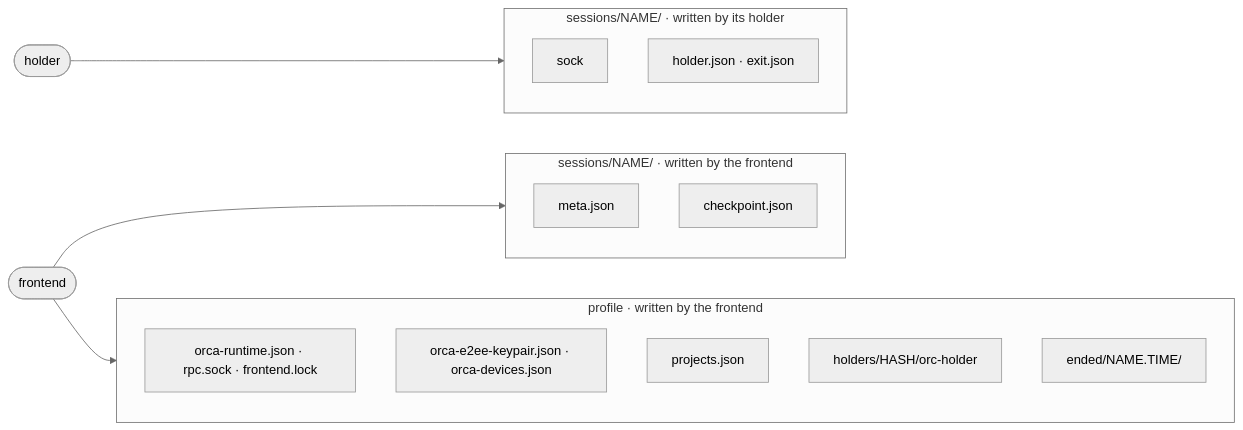
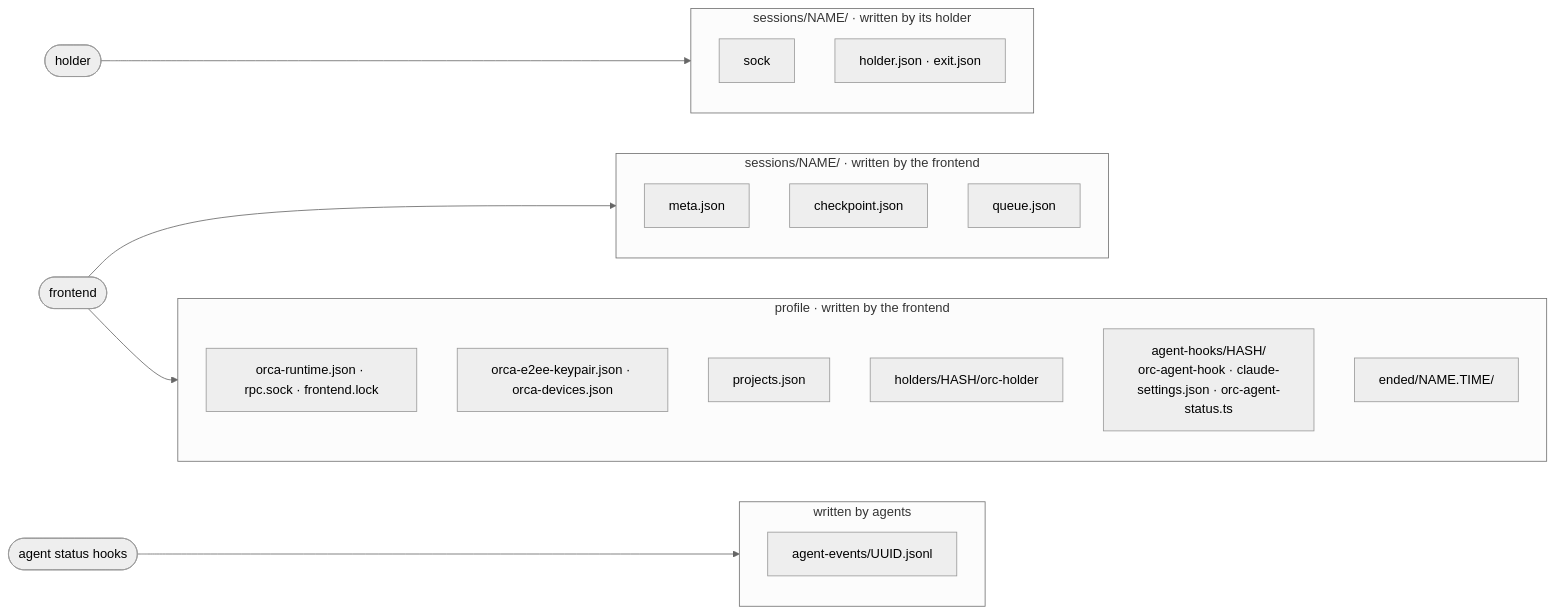
Before and after one commit to phillipleblanc/orc: the second of 6 diagrams in slim/ARCHITECTURE.md, drawn with Mermaid (neutral theme). The commit also changed other lines of this file and 15 other files, not shown here.

````diff
--- a/slim/ARCHITECTURE.md
+++ b/slim/ARCHITECTURE.md
@@ -64,27 +69,35 @@
 ```mermaid
 flowchart LR
     holderProcess(["holder"])
     frontendProcess(["frontend"])
 
     subgraph holderFiles["sessions/NAME/ · written by its holder"]
         sock["sock"]
         holderRecord["holder.json · exit.json"]
     end
 
     subgraph sessionFiles["sessions/NAME/ · written by the frontend"]
         meta["meta.json"]
         checkpoint["checkpoint.json"]
+        queue["queue.json"]
+    end
+
+    agentProcess(["agent status hooks"])
+    subgraph eventFiles["written by agents"]
+        events["agent-events/UUID.jsonl"]
     end
 
     subgraph profileFiles["profile · written by the frontend"]
         runtime["orca-runtime.json · rpc.sock · frontend.lock"]
         identity["orca-e2ee-keypair.json · orca-devices.json"]
         projects["projects.json"]
         binaries["holders/HASH/orc-holder"]
+        hookFiles["agent-hooks/HASH/<br/>orc-agent-hook · claude-settings.json · orc-agent-status.ts"]
         ended["ended/NAME.TIME/"]
     end
 
     holderProcess --> holderFiles
     frontendProcess --> sessionFiles
     frontendProcess --> profileFiles
+    agentProcess --> eventFiles
 ```
````
